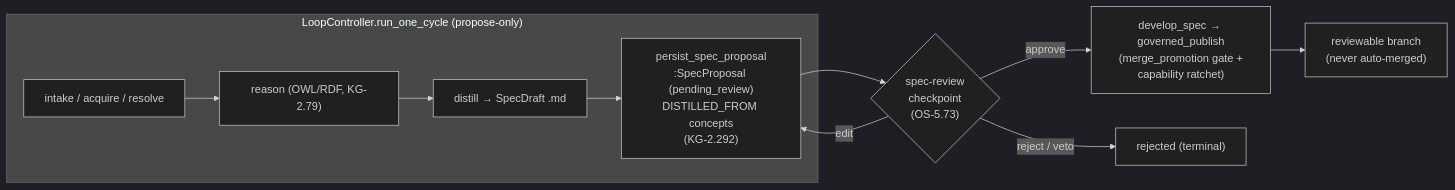
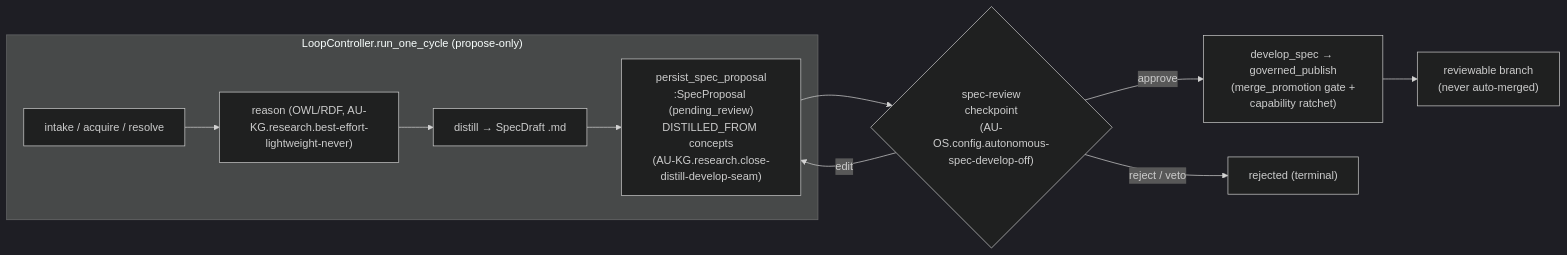
One commit to Knuckles-Team/agent-utilities changed the first of 2 diagrams in docs/architecture/self-evolution-flywheel.md. Above: the diagram before and after it, drawn with Mermaid (dark theme). The commit also changed other lines of this file and 2324 other files, not shown here.

````diff
--- a/docs/architecture/self-evolution-flywheel.md
+++ b/docs/architecture/self-evolution-flywheel.md
@@ -67,13 +67,13 @@
 ```mermaid
 flowchart LR
     subgraph cycle["LoopController.run_one_cycle (propose-only)"]
-      intake["intake / acquire / resolve"] --> reason["reason (OWL/RDF, KG-2.79)"]
+      intake["intake / acquire / resolve"] --> reason["reason (OWL/RDF, AU-KG.research.best-effort-lightweight-never)"]
       reason --> distill["distill → SpecDraft .md"]
-      distill --> persist["persist_spec_proposal\n:SpecProposal (pending_review)\nDISTILLED_FROM concepts\n(KG-2.292)"]
+      distill --> persist["persist_spec_proposal\n:SpecProposal (pending_review)\nDISTILLED_FROM concepts\n(AU-KG.research.close-distill-develop-seam)"]
     end
-    persist --> gate{"spec-review\ncheckpoint\n(OS-5.73)"}
+    persist --> gate{"spec-review\ncheckpoint\n(AU-OS.config.autonomous-spec-develop-off)"}
     gate -- "approve" --> dev["develop_spec → governed_publish\n(merge_promotion gate +\ncapability ratchet)"]
     gate -- "reject / veto" --> dead["rejected (terminal)"]
     gate -- "edit" --> persist
     dev --> branch["reviewable branch\n(never auto-merged)"]
 ```
````
